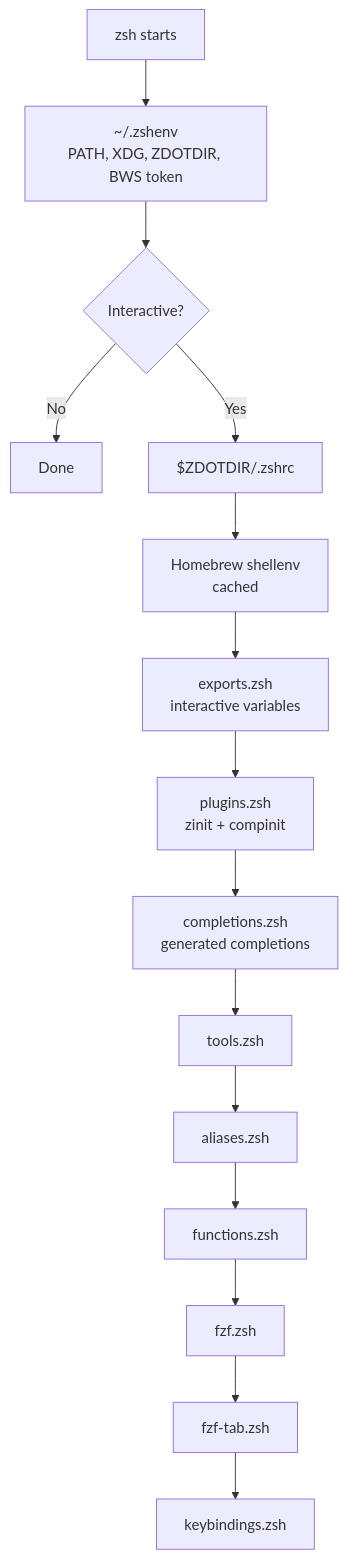
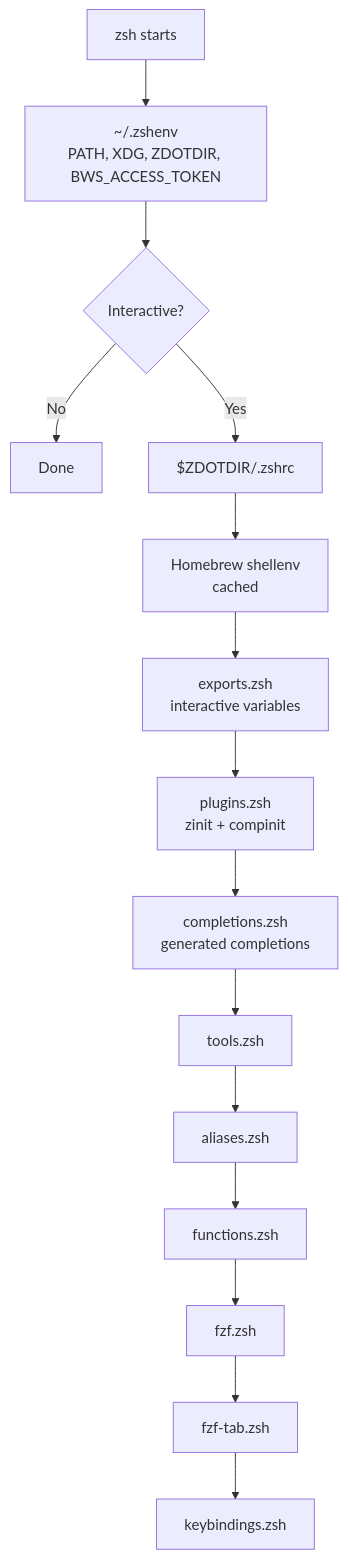
One commit to mbastakis/dotfiles changed the second of 4 diagrams in docs/architecture.md. Above: the diagram before and after it, drawn with Mermaid. The commit also changed other lines of this file and 13 other files, not shown here.

````diff
--- a/docs/architecture.md
+++ b/docs/architecture.md
@@ -23,17 +23,17 @@
 ```mermaid
 flowchart TD
-  A[zsh starts] --> C["~/.zshenv<br/>PATH, XDG, ZDOTDIR, BWS token"]
+  A[zsh starts] --> C["~/.zshenv<br/>PATH, XDG, ZDOTDIR, BWS_ACCESS_TOKEN"]
   C --> B{Interactive?}
   B -->|No| X[Done]
   B -->|Yes| D["$ZDOTDIR/.zshrc"]
   D --> E["Homebrew shellenv<br/>cached"]
   E --> F["exports.zsh<br/>interactive variables"]
   F --> G["plugins.zsh<br/>zinit + compinit"]
   G --> H["completions.zsh<br/>generated completions"]
   H --> I[tools.zsh]
   I --> J[aliases.zsh]
   J --> K[functions.zsh]
   K --> L[fzf.zsh]
   L --> M[fzf-tab.zsh]
   M --> N[keybindings.zsh]
 ```
````
